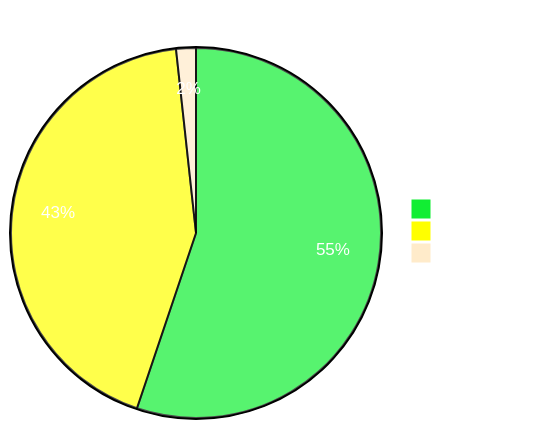
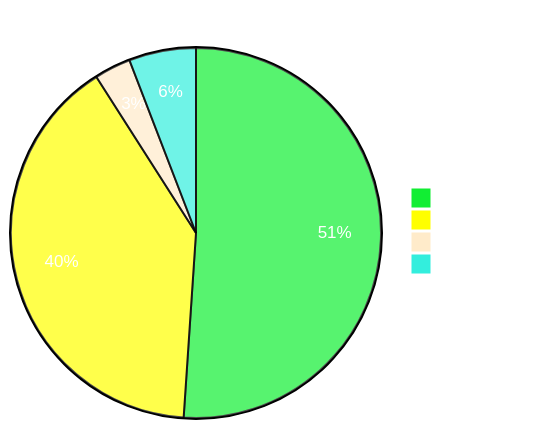
Before and after one commit to sumanthtatipamula/Programming: the diagram in Readme.md, drawn with Mermaid. The commit also changed 11 other files, not shown here.

````diff
--- a/Readme.md
+++ b/Readme.md
@@ -23,20 +23,22 @@
 ```mermaid
 %%{
   init:
   {
     'theme': 'base',
     'themeVariables':
       {
         'primaryTextColor': '#fff',
         'pie1': '#1E3',
         'pie2': '#FFFF00',
-        'pie3': '#ffebca'
+        'pie3': '#ffebca',
+        'pie4': '#3ed'
       }
   }
 }%%
 pie showData
     title Problems Solved Per Tag
     "Tree" : 96
     "Graphs": 75
-    "Arrays": 3
+    "Arrays": 6
+    "Dp": 11
 ```
````
